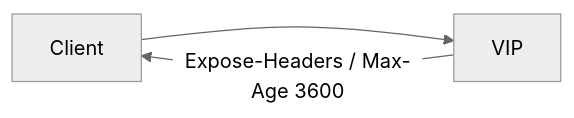
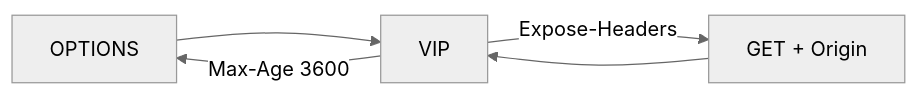
One commit to mink0119/2609_f5bnk changed the diagram in HTTP_Routing/2.32_HTTPCORS_ExposeHeadersMaxAge/README.md. Above: the diagram before and after it, drawn with Mermaid (neutral theme). The commit also changed other lines of this file and 15 other files, not shown here.

````diff
--- a/HTTP_Routing/2.32_HTTPCORS_ExposeHeadersMaxAge/README.md
+++ b/HTTP_Routing/2.32_HTTPCORS_ExposeHeadersMaxAge/README.md
@@ -5,5 +7,7 @@
 ```mermaid
 flowchart LR
-  C[Client] --> VIP[VIP]
-  VIP -->|Expose-Headers / Max-Age 3600| C
+  C[OPTIONS] --> VIP[VIP]
+  VIP -->|Max-Age 3600| C
+  C2[GET + Origin] --> VIP
+  VIP -->|Expose-Headers| C2
 ```
````
